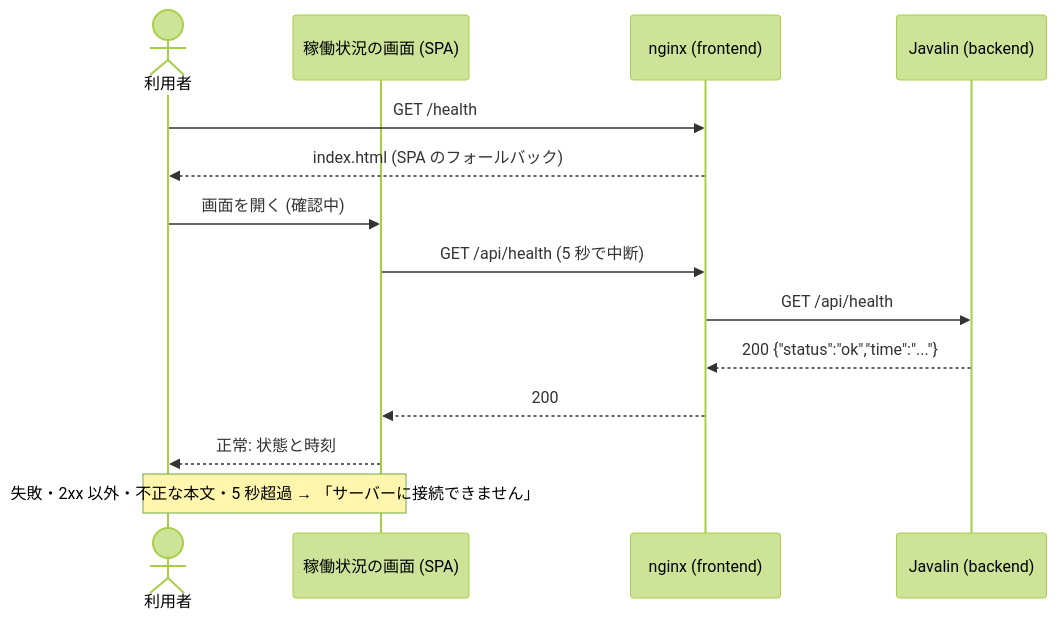
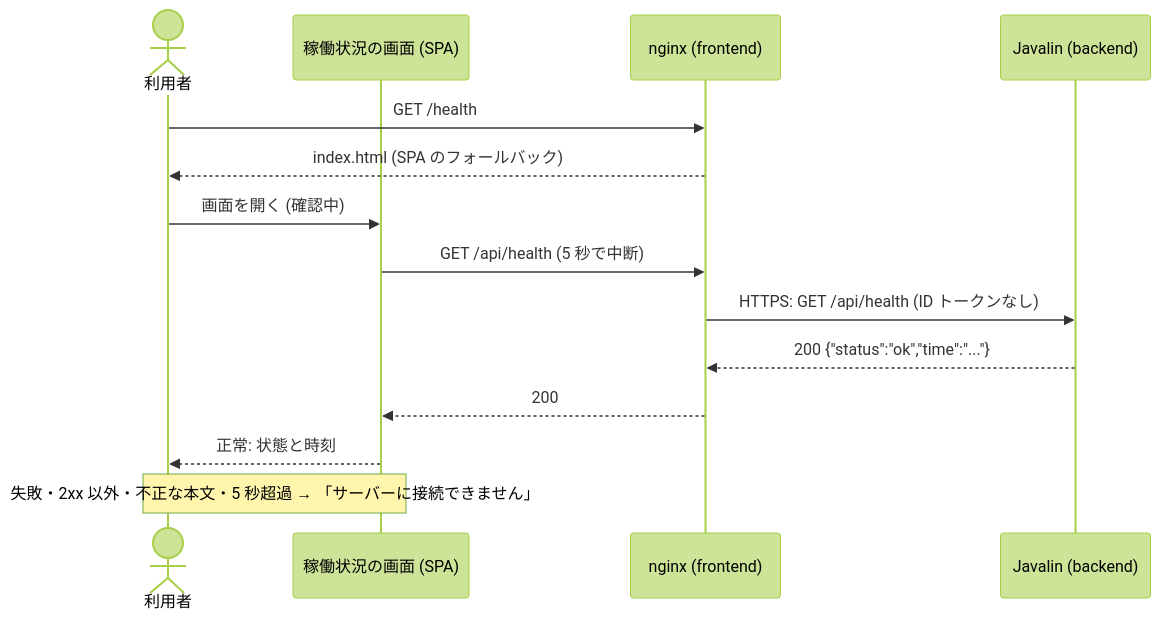
One commit to kyro-studios/test-phase-sandbox changed the diagram in docs/features/1-health-check/architecture.md. Above: the diagram before and after it, drawn with Mermaid (forest theme). The commit also changed other lines of this file and 2 other files, not shown here.

Commit message:
docs: Cloud Run 間の中継を HTTPS にそろえ、405 の契約を直す

````diff
--- a/docs/features/1-health-check/architecture.md
+++ b/docs/features/1-health-check/architecture.md
@@ -23,16 +23,16 @@
 ```mermaid
 sequenceDiagram
     actor U as 利用者
     participant S as 稼働状況の画面 (SPA)
     participant N as nginx (frontend)
     participant A as Javalin (backend)
     U->>N: GET /health
     N-->>U: index.html (SPA のフォールバック)
     U->>S: 画面を開く (確認中)
     S->>N: GET /api/health (5 秒で中断)
-    N->>A: GET /api/health
+    N->>A: HTTPS: GET /api/health (ID トークンなし)
     A-->>N: 200 {"status":"ok","time":"..."}
     N-->>S: 200
     S-->>U: 正常: 状態と時刻
     Note over S,U: 失敗・2xx 以外・不正な本文・5 秒超過 → 「サーバーに接続できません」
 ```
````
